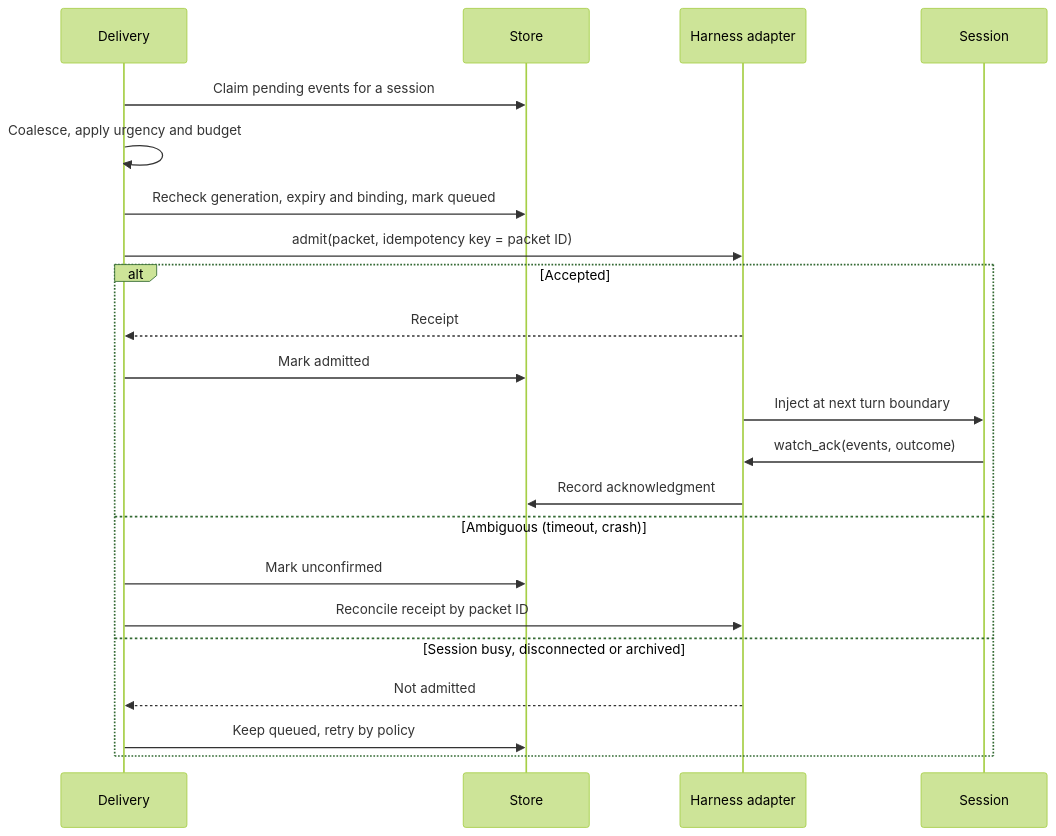
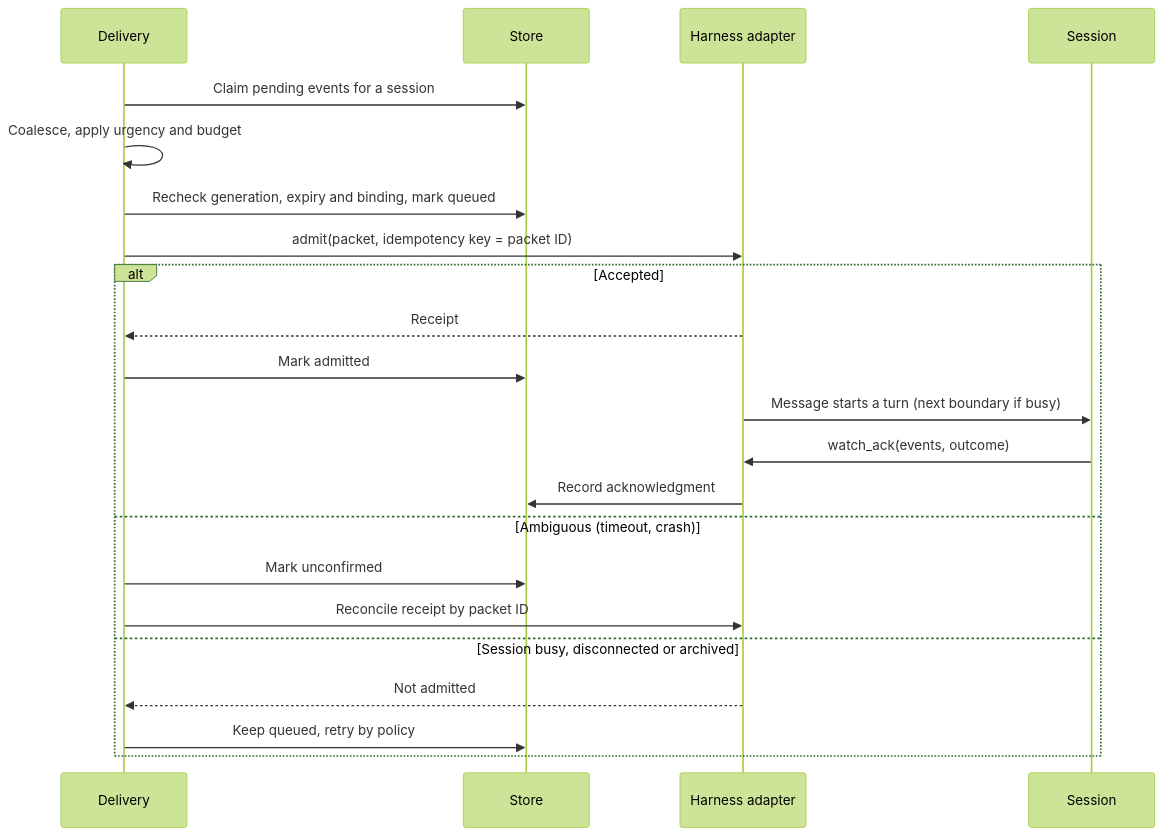
Before and after one commit to cschneider/session-source-watcher: the sixth of 9 diagrams in docs/architecture.md, drawn with Mermaid (forest theme). The commit also changed other lines of this file and 2 other files, not shown here.

Commit message:
docs: describe change delivery as a watcher message into the session

````diff
--- a/docs/architecture.md
+++ b/docs/architecture.md
@@ -340,25 +345,25 @@
 ```mermaid
 sequenceDiagram
     participant Dl as Delivery
     participant St as Store
     participant HA as Harness adapter
     participant S as Session
 
     Dl->>St: Claim pending events for a session
     Dl->>Dl: Coalesce, apply urgency and budget
     Dl->>St: Recheck generation, expiry and binding, mark queued
     Dl->>HA: admit(packet, idempotency key = packet ID)
     alt Accepted
         HA-->>Dl: Receipt
         Dl->>St: Mark admitted
-        HA->>S: Inject at next turn boundary
+        HA->>S: Message starts a turn (next boundary if busy)
         S->>HA: watch_ack(events, outcome)
         HA->>St: Record acknowledgment
     else Ambiguous (timeout, crash)
         Dl->>St: Mark unconfirmed
         Dl->>HA: Reconcile receipt by packet ID
     else Session busy, disconnected or archived
         HA-->>Dl: Not admitted
         Dl->>St: Keep queued, retry by policy
     end
 ```
````
